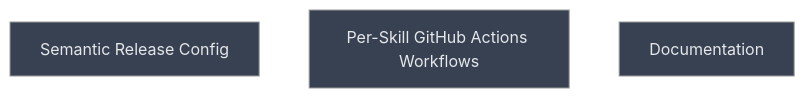
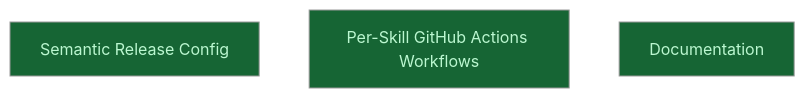
Before and after one commit to CrackingShells/cracking-shells-playbook: the diagram in __roadmap__/skill-cicd/local-toolchain/ci-pipeline/README.md, drawn with Mermaid (neutral theme). The commit also changed other lines of this file and 3 other files, not shown here.

Commit message:
chore(roadmap): mark all skill-cicd nodes done

````diff
--- a/__roadmap__/skill-cicd/local-toolchain/ci-pipeline/README.md
+++ b/__roadmap__/skill-cicd/local-toolchain/ci-pipeline/README.md
@@ -22,11 +22,11 @@
 ```mermaid
 graph TD
-    sr-config[Semantic Release Config]:::planned
-    workflows[Per-Skill GitHub Actions Workflows]:::planned
-    documentation[Documentation]:::planned
+    sr-config[Semantic Release Config]:::done
+    workflows[Per-Skill GitHub Actions Workflows]:::done
+    documentation[Documentation]:::done
     classDef done       fill:#166534,color:#bbf7d0
     classDef inprogress fill:#854d0e,color:#fef08a
     classDef planned    fill:#374151,color:#e5e7eb
     classDef amendment  fill:#1e3a5f,color:#bfdbfe
     classDef blocked    fill:#7f1d1d,color:#fecaca
 ```
````
